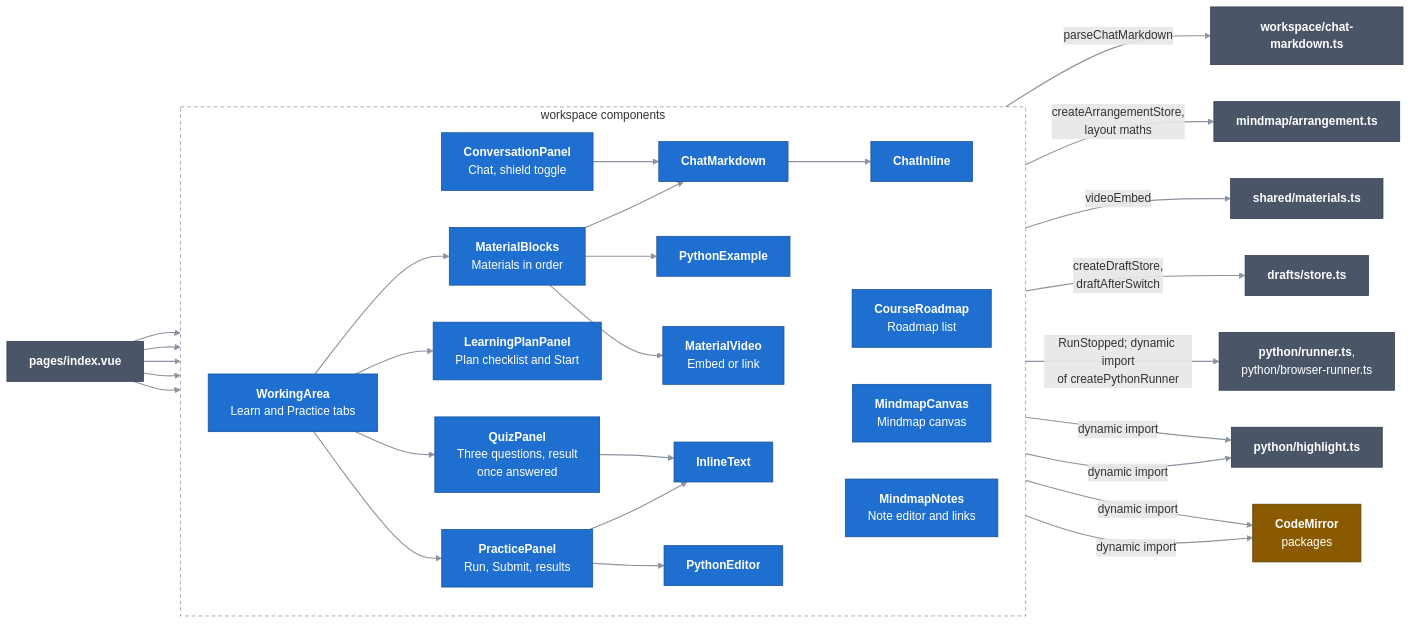
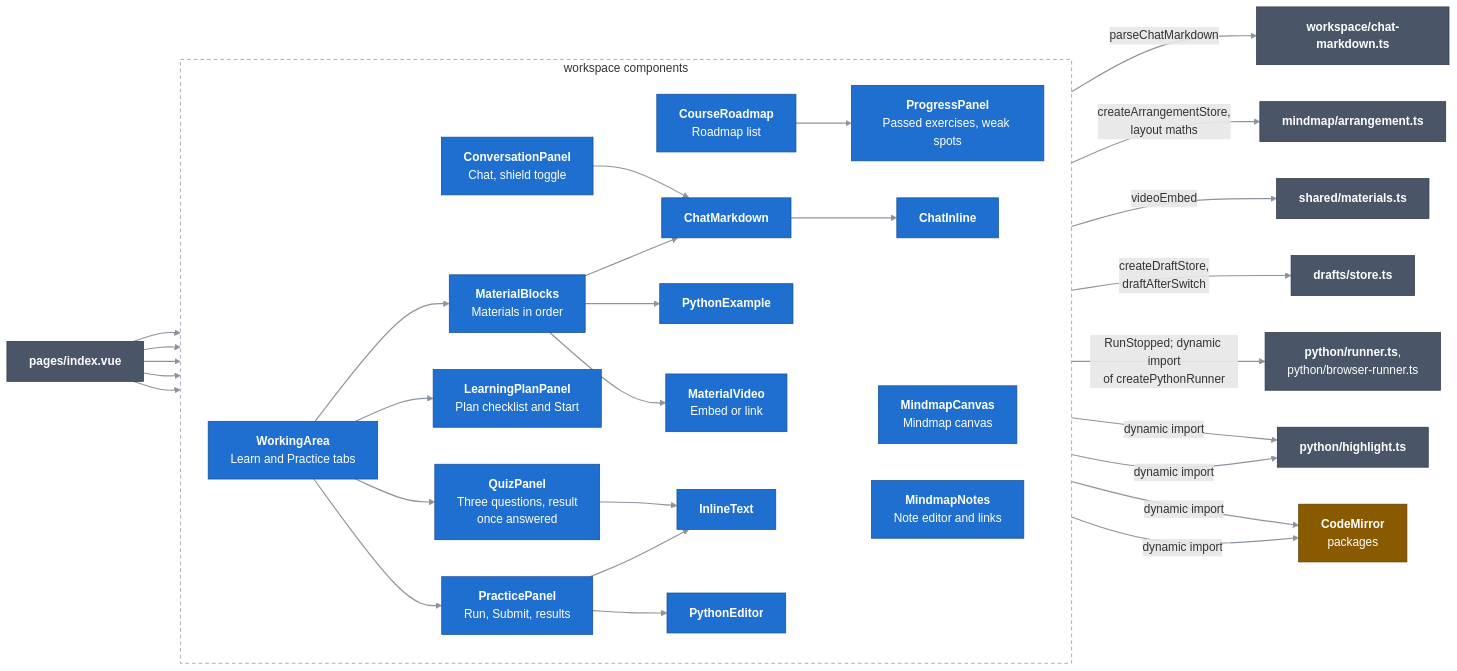
The diagram in docs/c4/03-components/web-app/02-workspace-components.md (Bill2926/COS40005_HN9_Verifiable_Co-Learner_Agent), drawn with Mermaid before and after one commit. The commit also changed other lines of this file and 9 other files, not shown here.

````diff
--- a/docs/c4/03-components/web-app/02-workspace-components.md
+++ b/docs/c4/03-components/web-app/02-workspace-components.md
@@ -11,65 +11,67 @@
 ```mermaid
 flowchart LR
   classDef comp fill:#1f6fd0,stroke:#164f96,color:#ffffff
   classDef near fill:#4a5568,stroke:#2d3748,color:#ffffff
   classDef ext fill:#8a5a00,stroke:#5c3c00,color:#ffffff
   linkStyle default stroke:#8b949e,stroke-width:1.5px
 
   index["<b>pages/index.vue</b>"]:::near
 
   subgraph ws["workspace components"]
     direction LR
     conv["<b>ConversationPanel</b><br/>Chat, shield toggle"]:::comp
     cm["<b>ChatMarkdown</b>"]:::comp
     ci["<b>ChatInline</b>"]:::comp
     cr["<b>CourseRoadmap</b><br/>Roadmap list"]:::comp
+    pg["<b>ProgressPanel</b><br/>Passed exercises, weak spots"]:::comp
     rc["<b>MindmapCanvas</b><br/>Mindmap canvas"]:::comp
     mn["<b>MindmapNotes</b><br/>Note editor and links"]:::comp
     wa["<b>WorkingArea</b><br/>Learn and Practice tabs"]:::comp
     lp["<b>LearningPlanPanel</b><br/>Plan checklist and Start"]:::comp
     mb["<b>MaterialBlocks</b><br/>Materials in order"]:::comp
     mv["<b>MaterialVideo</b><br/>Embed or link"]:::comp
     qz["<b>QuizPanel</b><br/>Three questions, result<br/>once answered"]:::comp
     pp["<b>PracticePanel</b><br/>Run, Submit, results"]:::comp
     pe["<b>PythonEditor</b>"]:::comp
     px["<b>PythonExample</b>"]:::comp
     it["<b>InlineText</b>"]:::comp
   end
 
   chatmd["<b>workspace/chat-markdown.ts</b>"]:::near
   mats["<b>shared/materials.ts</b>"]:::near
   arr["<b>mindmap/arrangement.ts</b>"]:::near
   drafts["<b>drafts/store.ts</b>"]:::near
   runner["<b>python/runner.ts</b>,<br/>python/browser-runner.ts"]:::near
   hl["<b>python/highlight.ts</b>"]:::near
   cmpkg["<b>CodeMirror</b><br/>packages"]:::ext
 
   index --> conv
   index --> cr
+  cr --> pg
   index --> rc
   index --> mn
   index --> wa
   conv --> cm
   cm --> ci
   cm -->|"parseChatMarkdown"| chatmd
   rc -->|"createArrangementStore,<br/>layout maths"| arr
   wa --> mb
   wa --> lp
   wa --> pp
   wa --> qz
   mb --> cm
   mb --> px
   mb --> mv
   mv -->|"videoEmbed"| mats
   qz --> it
   pp --> pe
   pp --> it
   pp -->|"createDraftStore,<br/>draftAfterSwitch"| drafts
   pp -->|"RunStopped; dynamic import<br/>of createPythonRunner"| runner
   pe -->|"dynamic import"| hl
   px -->|"dynamic import"| hl
   pe -->|"dynamic import"| cmpkg
   px -->|"dynamic import"| cmpkg
 
   style ws fill:none,stroke:#8b949e,stroke-dasharray:5 4
 ```
````
